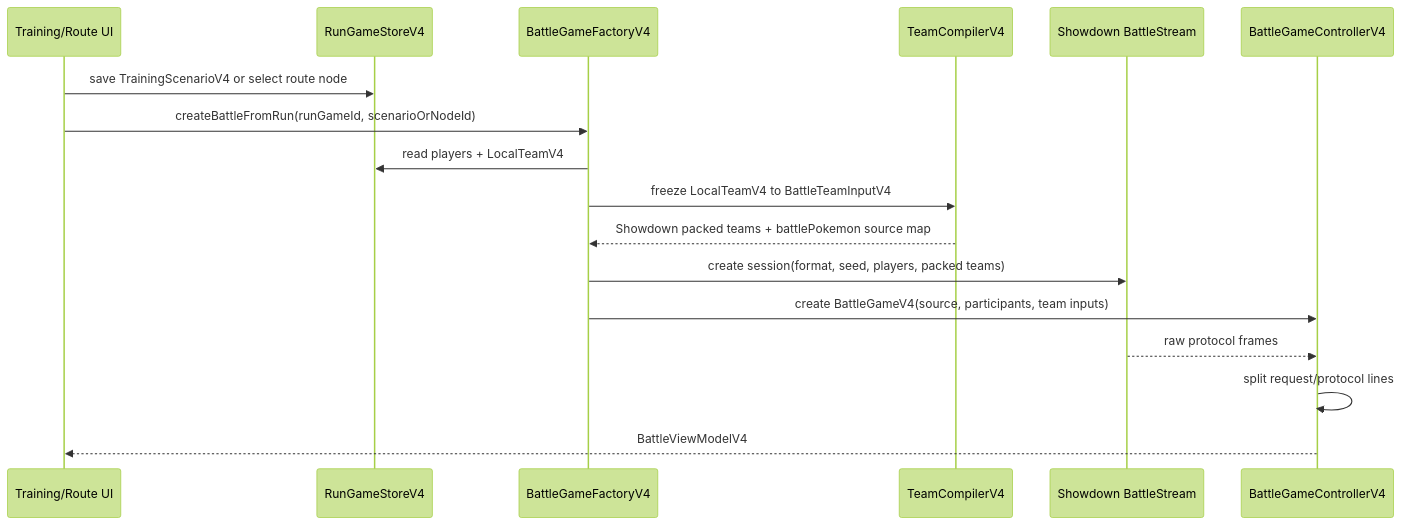
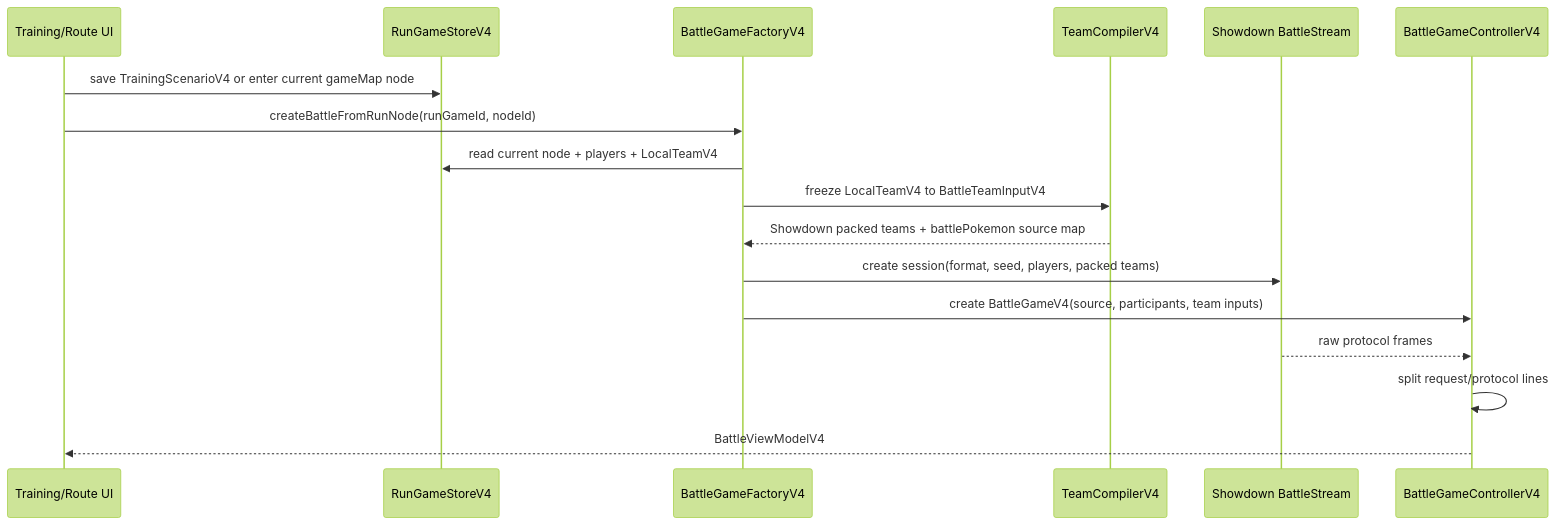
One commit to AlexQFMM2/changeBattle changed the fourth of 6 diagrams in plan/battle-v4-architecture-plan.md. Above: the diagram before and after it, drawn with Mermaid (forest theme). The commit also changed other lines of this file and 759 other files, not shown here.

Commit message:
feat(battle): add training battle service flow

````diff
--- a/plan/battle-v4-architecture-plan.md
+++ b/plan/battle-v4-architecture-plan.md
@@ -785,20 +981,20 @@
 ```mermaid
 sequenceDiagram
   participant UI as Training/Route UI
   participant Run as RunGameStoreV4
   participant Factory as BattleGameFactoryV4
   participant Team as TeamCompilerV4
   participant Stream as Showdown BattleStream
   participant Battle as BattleGameControllerV4
 
-  UI->>Run: save TrainingScenarioV4 or select route node
-  UI->>Factory: createBattleFromRun(runGameId, scenarioOrNodeId)
-  Factory->>Run: read players + LocalTeamV4
+  UI->>Run: save TrainingScenarioV4 or enter current gameMap node
+  UI->>Factory: createBattleFromRunNode(runGameId, nodeId)
+  Factory->>Run: read current node + players + LocalTeamV4
   Factory->>Team: freeze LocalTeamV4 to BattleTeamInputV4
   Team-->>Factory: Showdown packed teams + battlePokemon source map
   Factory->>Stream: create session(format, seed, players, packed teams)
   Factory->>Battle: create BattleGameV4(source, participants, team inputs)
   Stream-->>Battle: raw protocol frames
   Battle->>Battle: split request/protocol lines
   Battle-->>UI: BattleViewModelV4
 ```
````
